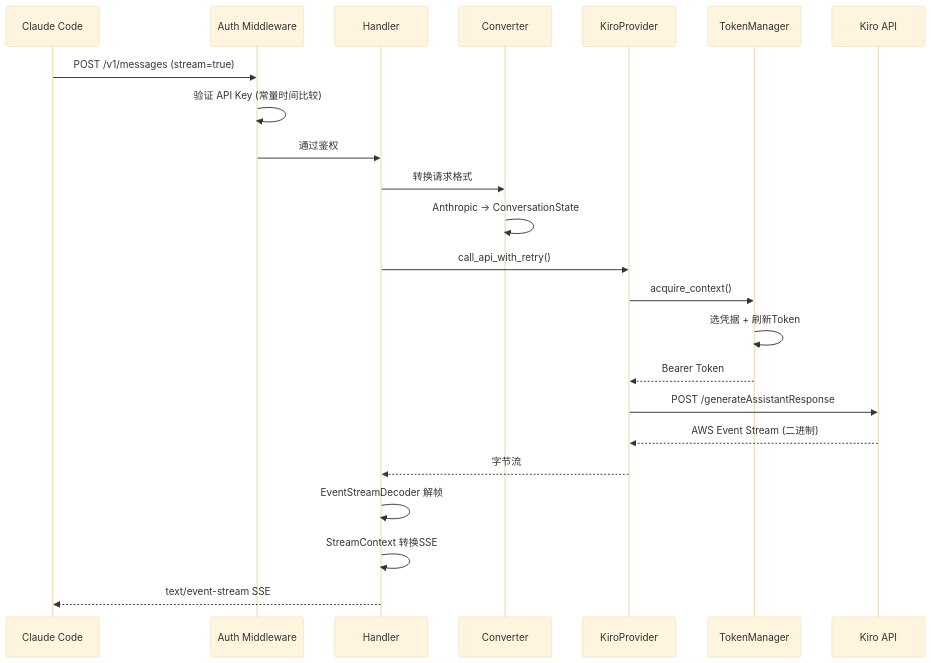
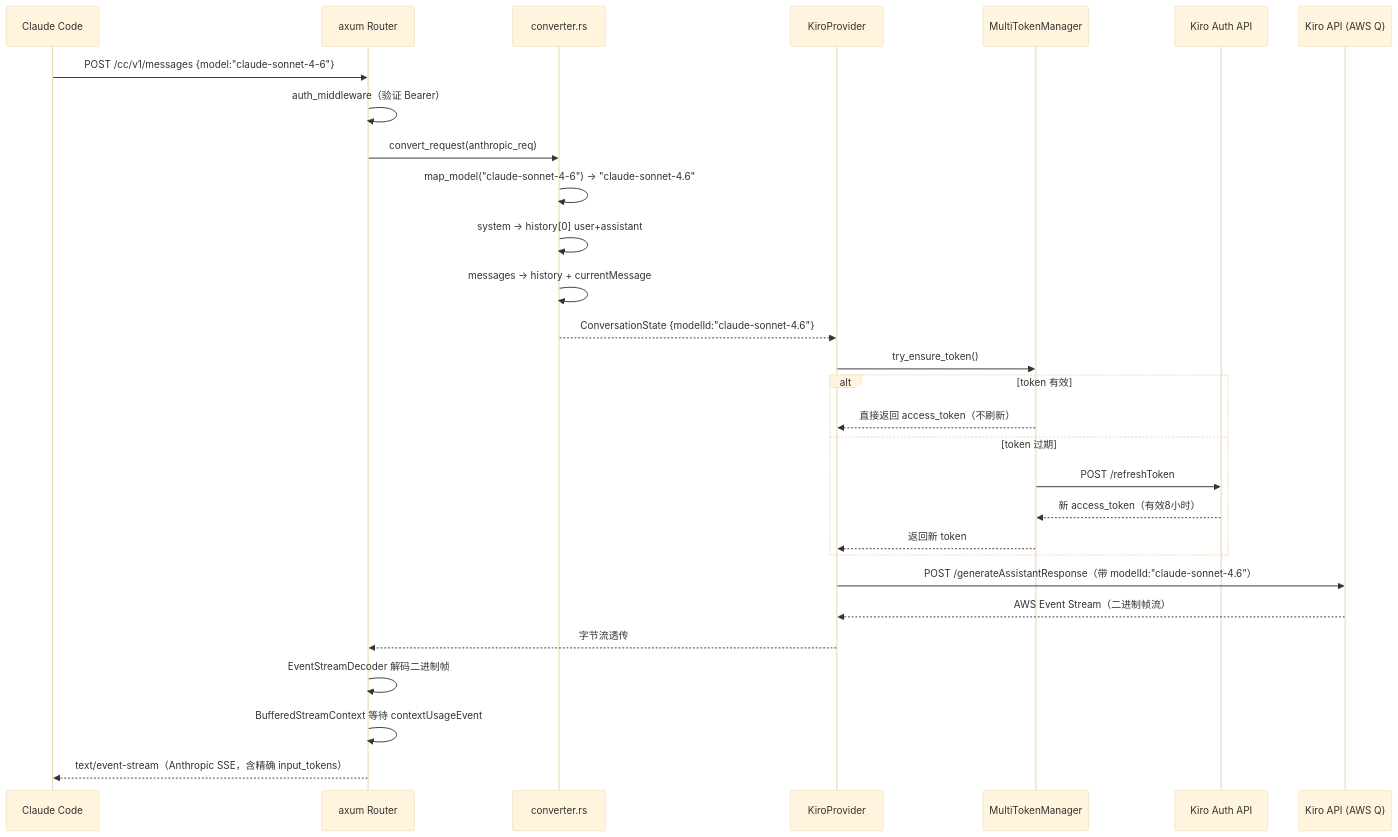
One commit to TsinHzl/kiro2cc-proxy changed the third of 4 diagrams in kiro2cc-proxy_源码全景解析.md. Above: the diagram before and after it, drawn with Mermaid (base theme). The commit also changed other lines of this file, not shown here.

````diff
--- a/kiro2cc-proxy_源码全景解析.md
+++ b/kiro2cc-proxy_源码全景解析.md
@@ -236,25 +591,32 @@
 ```mermaid
 sequenceDiagram
     participant CC as Claude Code
-    participant MW as Auth Middleware
-    participant H as Handler
-    participant CV as Converter
+    participant AX as axum Router
+    participant CV as converter.rs
     participant KP as KiroProvider
-    participant TM as TokenManager
-    participant KI as Kiro API
-    CC->>MW: POST /v1/messages (stream=true)
-    MW->>MW: 验证 API Key (常量时间比较)
-    MW->>H: 通过鉴权
-    H->>CV: 转换请求格式
-    CV->>CV: Anthropic → ConversationState
-    H->>KP: call_api_with_retry()
-    KP->>TM: acquire_context()
-    TM->>TM: 选凭据 + 刷新Token
-    TM-->>KP: Bearer Token
-    KP->>KI: POST /generateAssistantResponse
-    KI-->>KP: AWS Event Stream (二进制)
-    KP-->>H: 字节流
-    H->>H: EventStreamDecoder 解帧
-    H->>H: StreamContext 转换SSE
-    H-->>CC: text/event-stream SSE
+    participant TM as MultiTokenManager
+    participant KA as Kiro Auth API
+    participant KI as Kiro API (AWS Q)
+
+    CC->>AX: POST /cc/v1/messages {model:"claude-sonnet-4-6"}
+    AX->>AX: auth_middleware（验证 Bearer）
+    AX->>CV: convert_request(anthropic_req)
+    CV->>CV: map_model("claude-sonnet-4-6") → "claude-sonnet-4.6"
+    CV->>CV: system → history[0] user+assistant
+    CV->>CV: messages → history + currentMessage
+    CV-->>KP: ConversationState {modelId:"claude-sonnet-4.6"}
+    KP->>TM: try_ensure_token()
+    alt token 有效
+        TM-->>KP: 直接返回 access_token（不刷新）
+    else token 过期
+        TM->>KA: POST /refreshToken
+        KA-->>TM: 新 access_token（有效8小时）
+        TM-->>KP: 返回新 token
+    end
+    KP->>KI: POST /generateAssistantResponse（带 modelId:"claude-sonnet-4.6"）
+    KI-->>KP: AWS Event Stream（二进制帧流）
+    KP-->>AX: 字节流透传
+    AX->>AX: EventStreamDecoder 解码二进制帧
+    AX->>AX: BufferedStreamContext 等待 contextUsageEvent
+    AX-->>CC: text/event-stream（Anthropic SSE，含精确 input_tokens）
 ```
````
